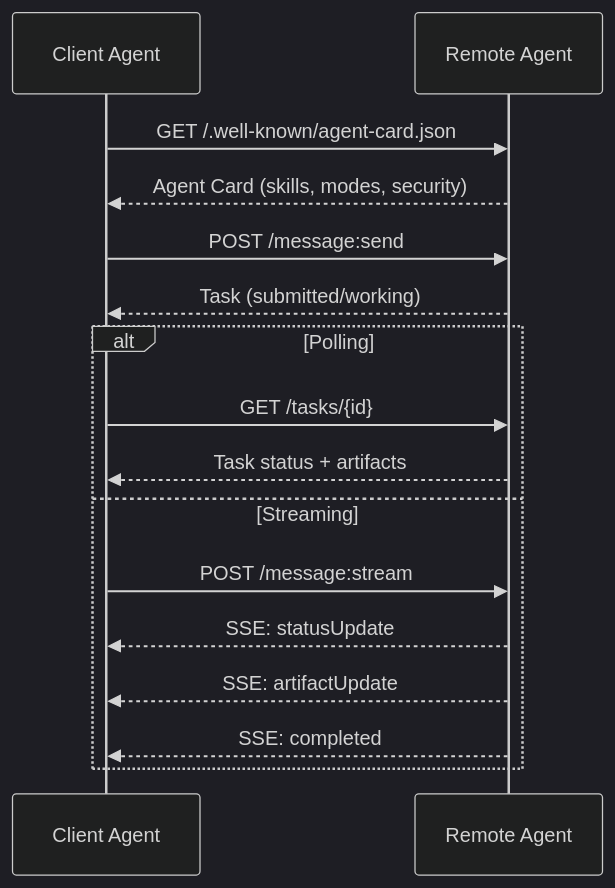
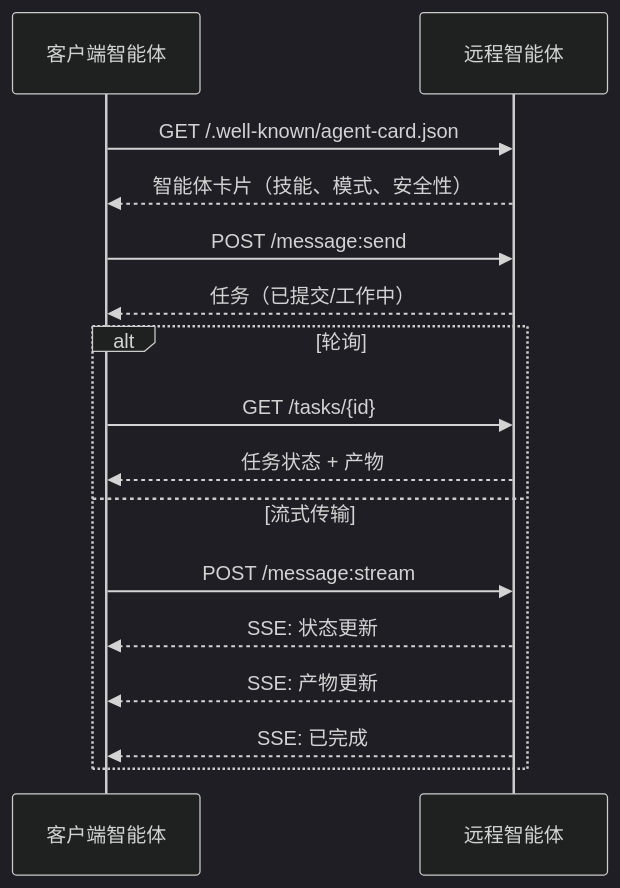
Before and after one commit to guangningsun/ailearning: the third of 13 diagrams in lessons/16-multi-agent-and-swarms/03-communication-protocols/docs/zh.md, drawn with Mermaid (dark theme). The commit also changed other lines of this file and 25 other files, not shown here.

````diff
--- a/lessons/16-multi-agent-and-swarms/03-communication-protocols/docs/zh.md
+++ b/lessons/16-multi-agent-and-swarms/03-communication-protocols/docs/zh.md
@@ -82,21 +82,21 @@
 ```mermaid
 sequenceDiagram
-    participant Client as Client Agent
-    participant Remote as Remote Agent
+    participant Client as 客户端智能体
+    participant Remote as 远程智能体
 
     Client->>Remote: GET /.well-known/agent-card.json
-    Remote-->>Client: Agent Card (skills, modes, security)
+    Remote-->>Client: 智能体卡片（技能、模式、安全性）
 
     Client->>Remote: POST /message:send
-    Remote-->>Client: Task (submitted/working)
+    Remote-->>Client: 任务（已提交/工作中）
 
-    alt Polling
+    alt 轮询
         Client->>Remote: GET /tasks/{id}
-        Remote-->>Client: Task status + artifacts
-    else Streaming
+        Remote-->>Client: 任务状态 + 产物
+    else 流式传输
         Client->>Remote: POST /message:stream
-        Remote-->>Client: SSE: statusUpdate
-        Remote-->>Client: SSE: artifactUpdate
-        Remote-->>Client: SSE: completed
+        Remote-->>Client: SSE: 状态更新
+        Remote-->>Client: SSE: 产物更新
+        Remote-->>Client: SSE: 已完成
     end
 ```
````
